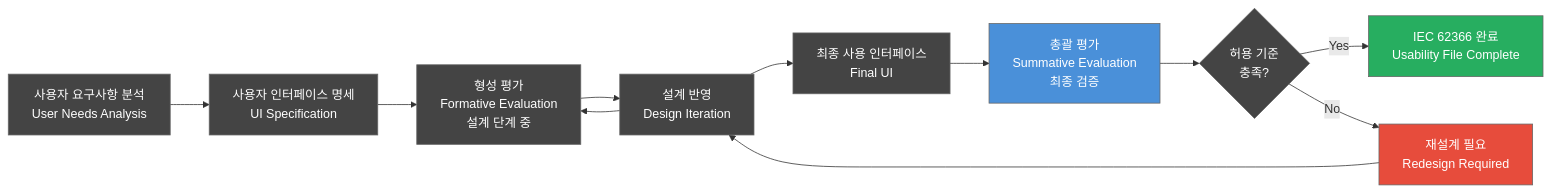
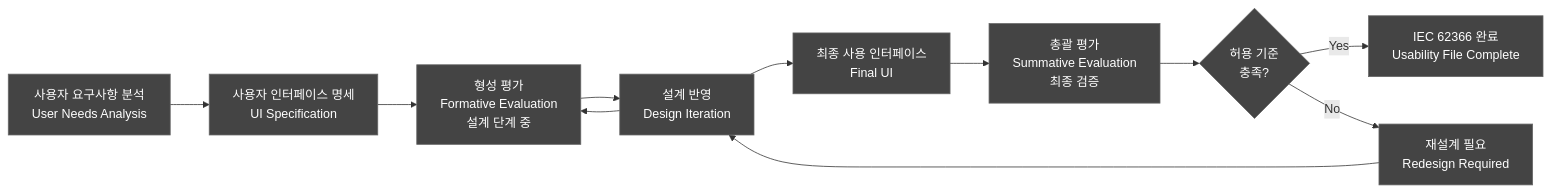
One commit to holee9/console-gui changed the fifth of 7 diagrams in docs/regulatory/DOC-020_Clinical_Evaluation_Plan_v1.0.md. Above: the diagram before and after it, drawn with Mermaid. The commit also changed other lines of this file and 35 other files, not shown here.

First line of the commit message:
fix: 전체 Mermaid 차트 색상 진한 회색 통일

````diff
--- a/docs/regulatory/DOC-020_Clinical_Evaluation_Plan_v1.0.md
+++ b/docs/regulatory/DOC-020_Clinical_Evaluation_Plan_v1.0.md
@@ -468,18 +468,18 @@
 ```mermaid
 flowchart LR
     classDef default fill:#444,stroke:#666,color:#fff
     A["사용자 요구사항 분석\nUser Needs Analysis"] --> B["사용자 인터페이스 명세\nUI Specification"]
     B --> C["형성 평가\nFormative Evaluation\n설계 단계 중"]
     C --> D["설계 반영\nDesign Iteration"]
     D --> C
     D --> E["최종 사용 인터페이스\nFinal UI"]
     E --> F["총괄 평가\nSummative Evaluation\n최종 검증"]
     F --> G{허용 기준\n충족?}
     G -- "Yes" --> H["IEC 62366 완료\nUsability File Complete"]
     G -- "No" --> I["재설계 필요\nRedesign Required"]
     I --> D
 
-    style F fill:#4A90D9,color:#fff
-    style H fill:#27AE60,color:#fff
-    style I fill:#E74C3C,color:#fff
+    style F fill:#444,color:#fff
+    style H fill:#444,color:#fff
+    style I fill:#444,color:#fff
 ```
````
